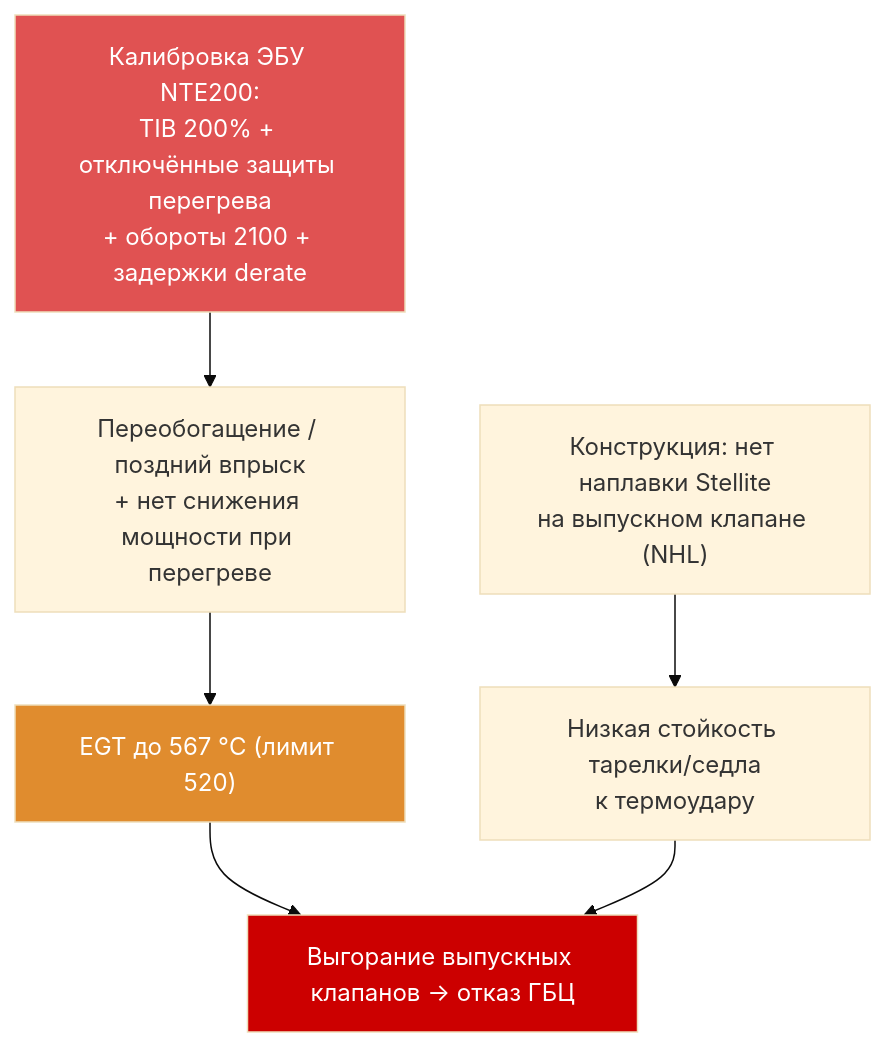
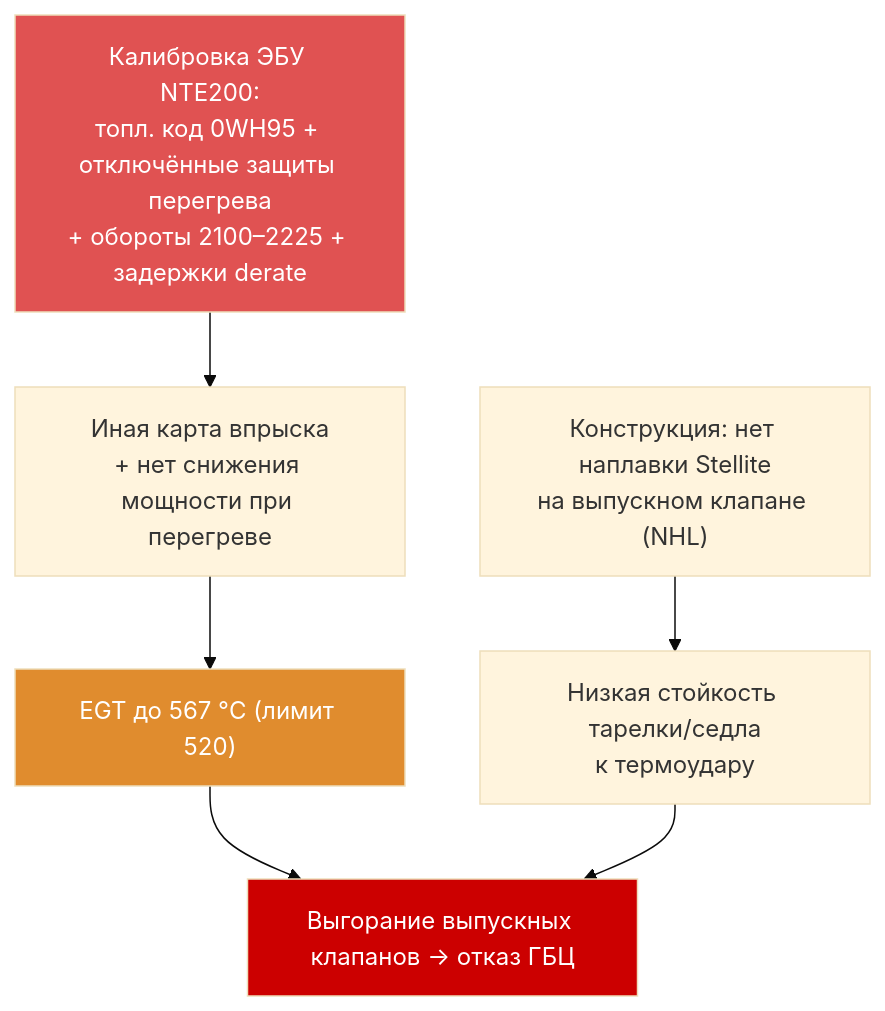
One commit to victorekuznetsov/NTE200 changed the diagram in 05 Отчёты/Аналитические/Отчёт ТС и Надёжности NTE200/00 Отчёт — ТС и Надёжность NTE200 (master).md. Above: the diagram before and after it, drawn with Mermaid (base theme). The commit also changed other lines of this file and 22 other files, not shown here.

First line of the commit message:
Исправление TIB по аутентичному экспорту Calterm: TIB = Trip Information Base, не влияет на впрыск

````diff
--- a/05 Отчёты/Аналитические/Отчёт ТС и Надёжности NTE200/00 Отчёт — ТС и Надёжность NTE200 (master).md
+++ b/05 Отчёты/Аналитические/Отчёт ТС и Надёжности NTE200/00 Отчёт — ТС и Надёжность NTE200 (master).md
@@ -39,11 +42,11 @@
 ```mermaid
 flowchart TD
-    ECM["Калибровка ЭБУ NTE200:<br/>TIB 200% + отключённые защиты перегрева<br/>+ обороты 2100 + задержки derate"] --> COMB["Переобогащение / поздний впрыск<br/>+ нет снижения мощности при перегреве"]
+    ECM["Калибровка ЭБУ NTE200:<br/>топл. код 0WH95 + отключённые защиты перегрева<br/>+ обороты 2100–2225 + задержки derate"] --> COMB["Иная карта впрыска<br/>+ нет снижения мощности при перегреве"]
     COMB --> EGT["EGT до 567 °C (лимит 520)"]
     STEL["Конструкция: нет наплавки Stellite<br/>на выпускном клапане (NHL)"] --> WEAR["Низкая стойкость тарелки/седла<br/>к термоудару"]
     EGT --> FAIL["Выгорание выпускных клапанов → отказ ГБЦ"]
     WEAR --> FAIL
     style ECM fill:#e05252,color:#fff
     style FAIL fill:#cc0000,color:#fff
     style EGT fill:#e08c2e,color:#fff
 ```
````
